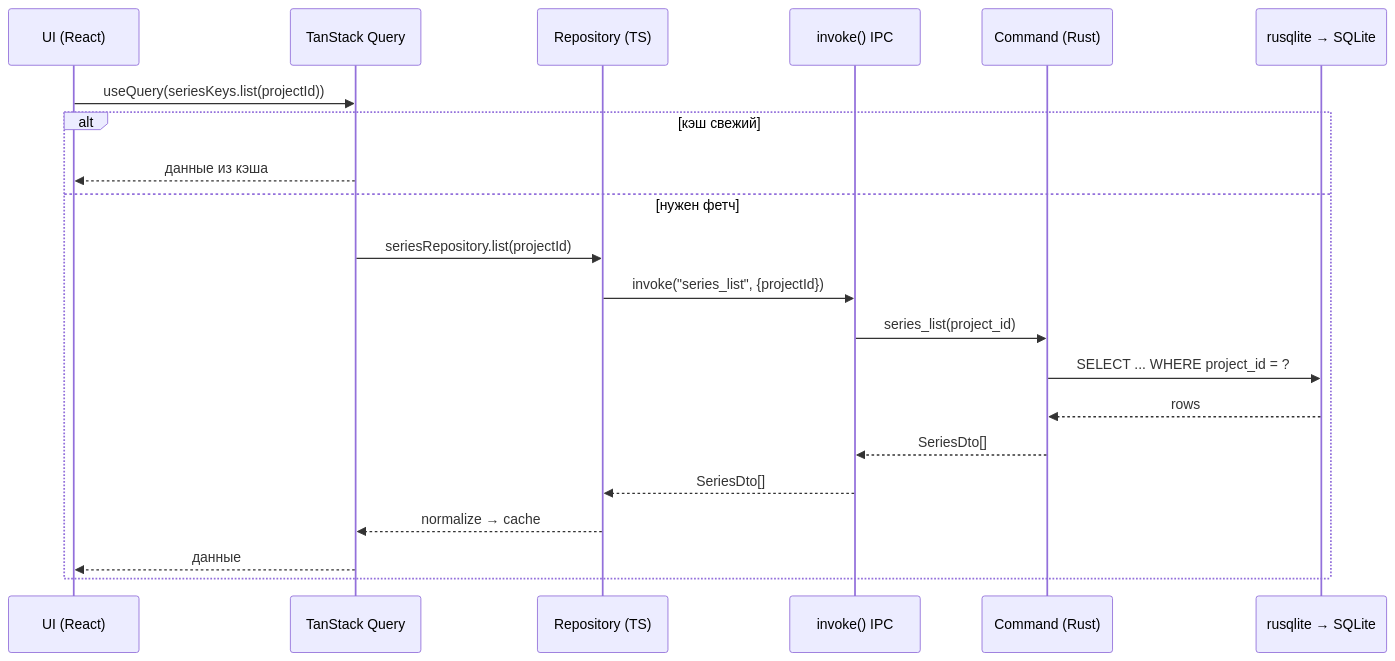
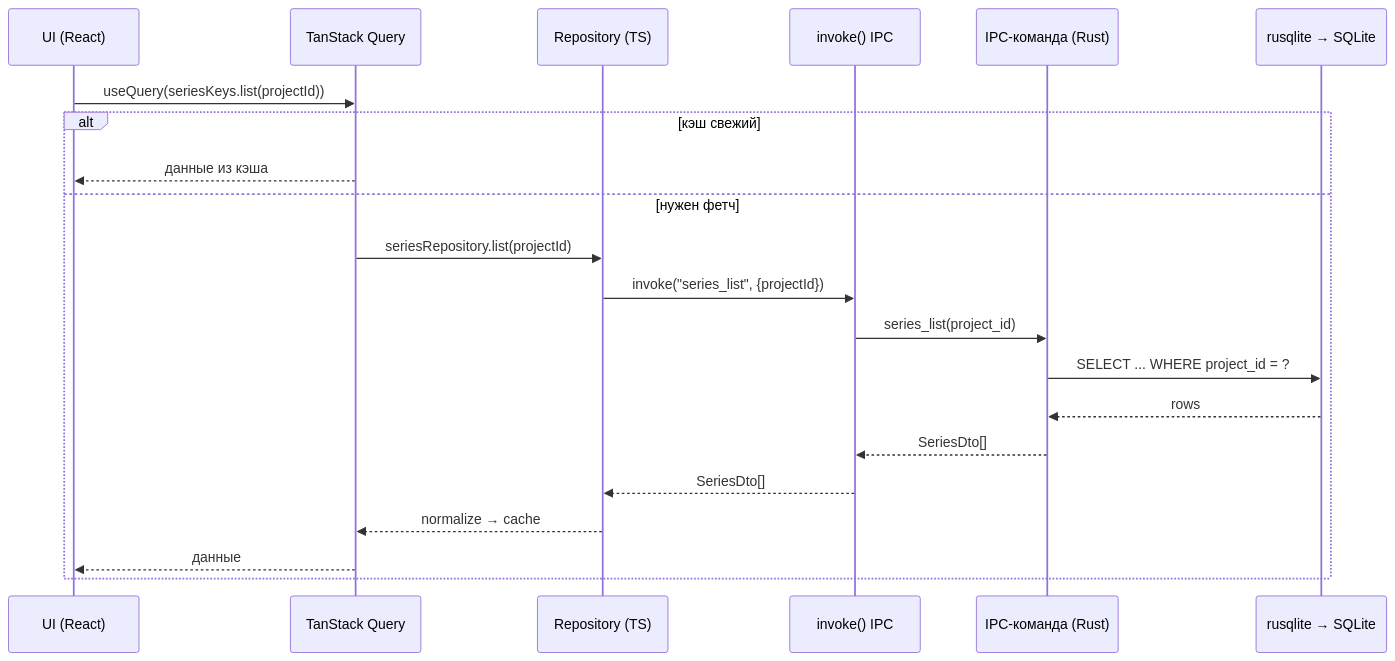
The second of 4 diagrams in DevNotes/docs/04-ARCHITECTURE.md (Mafiozist/Mafiozist), drawn with Mermaid before and after one commit. The commit also changed other lines of this file and 9 other files, not shown here.

````diff
--- a/DevNotes/docs/04-ARCHITECTURE.md
+++ b/DevNotes/docs/04-ARCHITECTURE.md
@@ -155,24 +176,24 @@
 ```mermaid
 sequenceDiagram
     participant UI as UI (React)
     participant Q as TanStack Query
     participant R as Repository (TS)
     participant I as invoke() IPC
-    participant C as Command (Rust)
+    participant C as IPC-команда (Rust)
     participant DB as rusqlite → SQLite
 
     UI->>Q: useQuery(seriesKeys.list(projectId))
     alt кэш свежий
         Q-->>UI: данные из кэша
     else нужен фетч
         Q->>R: seriesRepository.list(projectId)
         R->>I: invoke("series_list", {projectId})
         I->>C: series_list(project_id)
         C->>DB: SELECT ... WHERE project_id = ?
         DB-->>C: rows
         C-->>I: SeriesDto[]
         I-->>R: SeriesDto[]
         R-->>Q: normalize → cache
         Q-->>UI: данные
     end
 ```
````
